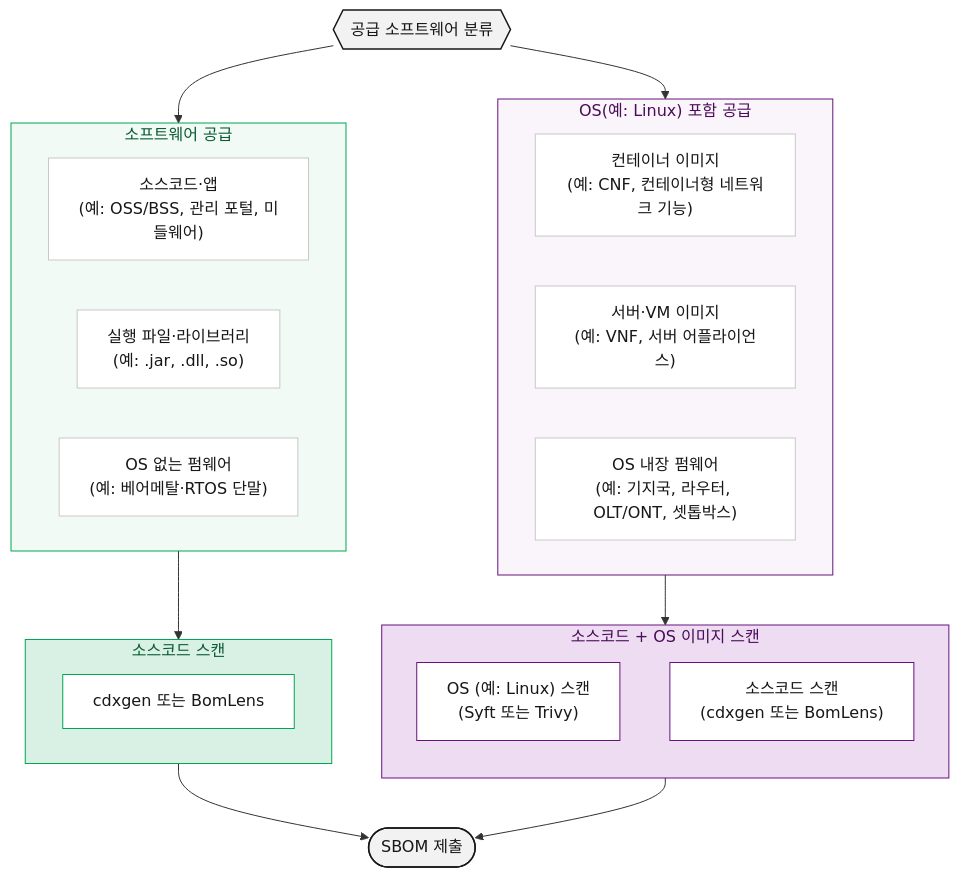
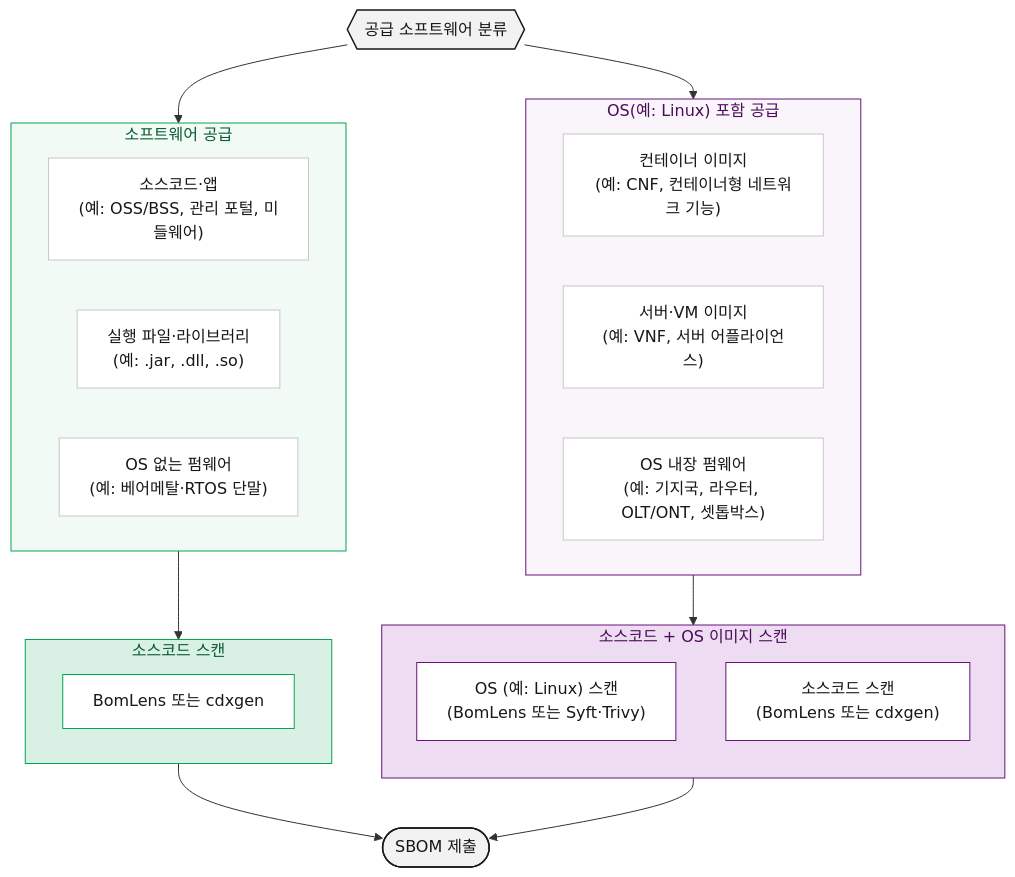
The diagram in content/ko/guide/supply-chain/for-suppliers/creation-guide/_index.md (sktelecom/sktelecom.github.io), drawn with Mermaid before and after one commit. The commit also changed other lines of this file and 9 other files, not shown here.

First line of the commit message:
docs(supply-chain): recommend BomLens ahead of open source tools

````diff
--- a/content/ko/guide/supply-chain/for-suppliers/creation-guide/_index.md
+++ b/content/ko/guide/supply-chain/for-suppliers/creation-guide/_index.md
@@ -16,63 +16,63 @@
 ```mermaid
 graph TD
     A{{"공급 소프트웨어 분류"}}
 
     subgraph G1["소프트웨어 공급"]
       direction LR
       T1["소스코드·앱<br>(예: OSS/BSS, 관리 포털, 미들웨어)"]
       T2["실행 파일·라이브러리<br>(예: .jar, .dll, .so)"]
       T3["OS 없는 펌웨어<br>(예: 베어메탈·RTOS 단말)"]
     end
 
     subgraph G2["OS(예: Linux) 포함 공급"]
       direction LR
       T4["컨테이너 이미지<br>(예: CNF, 컨테이너형 네트워크 기능)"]
       T5["서버·VM 이미지<br>(예: VNF, 서버 어플라이언스)"]
       T6["OS 내장 펌웨어<br>(예: 기지국, 라우터, OLT/ONT, 셋톱박스)"]
     end
 
     %% 좌측: 소스코드 스캔 서브 박스 구조
     subgraph M1["소스코드 스캔"]
-      M1_Sub["cdxgen 또는 BomLens"]
+      M1_Sub["BomLens 또는 cdxgen"]
     end
 
     %% 우측: 소스코드 + OS 이미지 스캔 서브 박스 구조 (세로 배치)
     subgraph M2["소스코드 + OS 이미지 스캔"]
       direction TB
-      M2_Top["OS (예: Linux) 스캔<br>(Syft 또는 Trivy)"]
-      M2_Bottom["소스코드 스캔<br>(cdxgen 또는 BomLens)"]
+      M2_Top["OS (예: Linux) 스캔<br>(BomLens 또는 Syft·Trivy)"]
+      M2_Bottom["소스코드 스캔<br>(BomLens 또는 cdxgen)"]
     end
 
     A --> G1
     A --> G2
     
     %% 그룹 박스 경계로만 연결 (박스당 화살표 1개)
     G1 --> M1
     G2 --> M2
     
     %% 그룹 박스에서 다음 단계로 연결
     M1 --> P(["SBOM 제출"])
     M2 --> P
 
     classDef start fill:#F2F2F2,stroke:#171717,color:#171717,stroke-width:1.5px
     classDef typebox fill:#ffffff,stroke:#c8c8c8,color:#171717,stroke-width:1px
     classDef submit fill:#F2F2F2,stroke:#171717,color:#171717,stroke-width:1.5px
     
     %% 내부 단일 박스용 흰색 스타일 정의 (좌/우 테두리 색상 구분)
     classDef subwhite_left fill:#ffffff,stroke:#00A651,color:#171717,stroke-width:1px
     classDef subwhite_right fill:#ffffff,stroke:#68127A,color:#171717,stroke-width:1px
 
     class A start
     class T1,T2,T3,T4,T5,T6 typebox
     class M1_Sub subwhite_left
     class M2_Top,M2_Bottom subwhite_right
     class P submit
 
     style G1 fill:#F1FAF5,stroke:#00A651,stroke-width:1px,color:#0A5A32
     style G2 fill:#FAF4FB,stroke:#68127A,stroke-width:1px,color:#4A0D57
     
     %% 외곽 박스 스타일 (배경색 및 테두리 유지)
     style M1 fill:#D9F0E4,stroke:#00A651,stroke-width:1px,color:#0A5A32
     style M2 fill:#EEDCF3,stroke:#68127A,stroke-width:1px,color:#4A0D57
 
 ```
````
